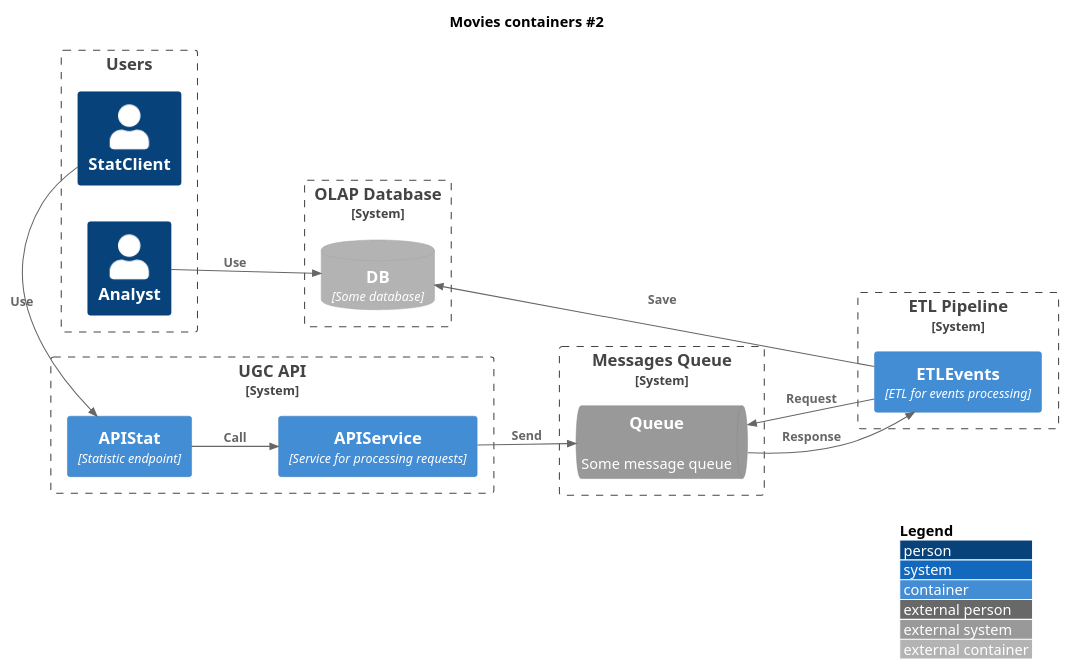
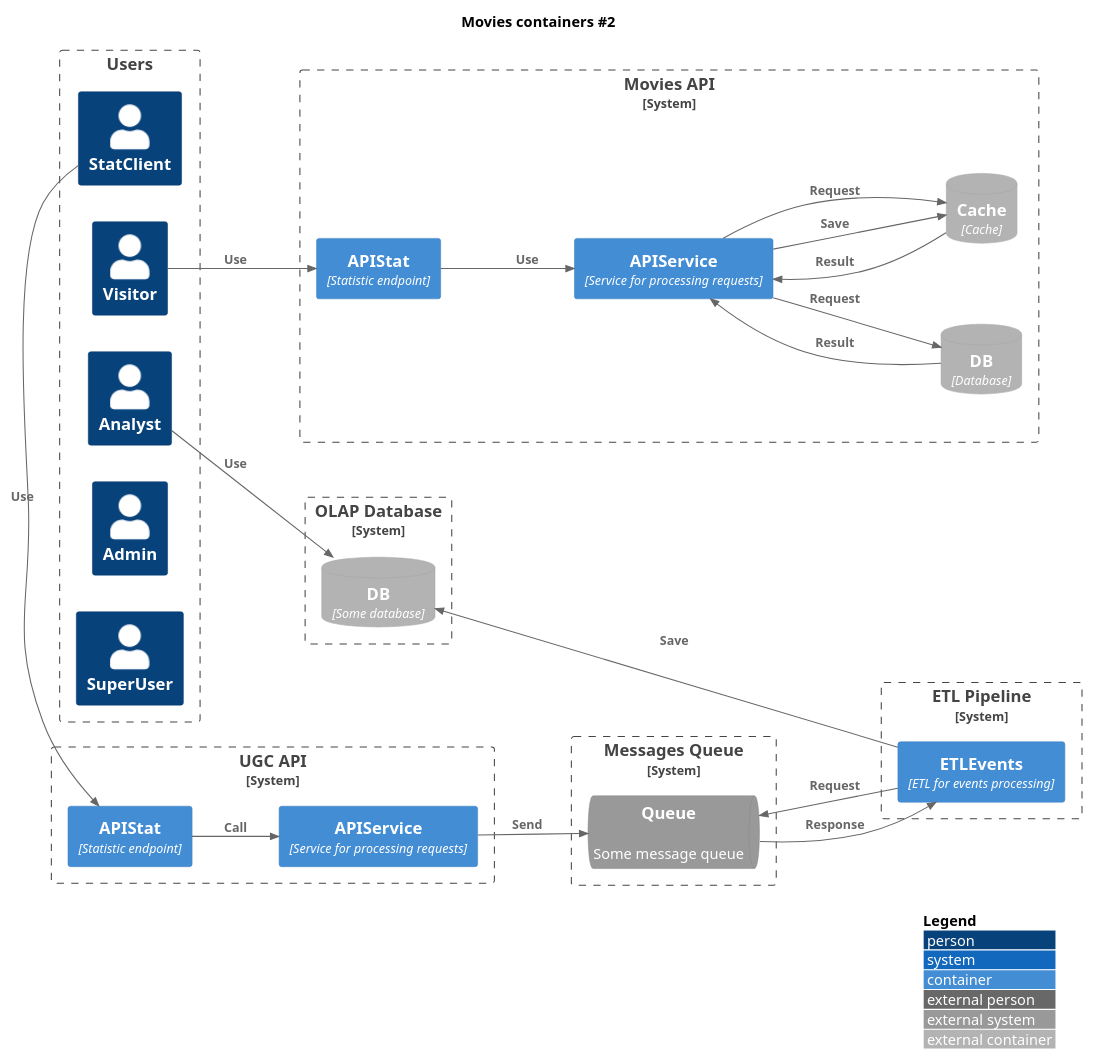
One commit to artwist-polyakov/Auth_sprint_1 changed the diagram in docs/c2_sch.puml. Above: the diagram before and after it, drawn with PlantUML.

Commit message:
добавляет схему сервиса movies

```diff
--- a/docs/c2_sch.puml
+++ b/docs/c2_sch.puml
@@ -1,42 +1,57 @@
 @startuml
 
 !include https://raw.githubusercontent.com/plantuml-stdlib/C4-PlantUML/master/C4_Container.puml
 skinparam componentStyle uml2
 LAYOUT_WITH_LEGEND()
 LAYOUT_LANDSCAPE()
 skinparam componentStyle uml2
 
  title
 <b>Movies containers #2</b>
 end title
 Boundary(users, "Users") {
     Person(analyst, "Analyst")
     Person(client, "StatClient")
+    Person(visitor, "Visitor")
+    Person(admin, "Admin")
+    Person(superuser, "SuperUser")
+}
+
+System_Boundary(Movies, "Movies API") {
+    Container(MoviesAPI, "APIStat", "Statistic endpoint")
+    Container(MoviesService, "APIService", "Service for processing requests")
+    ContainerDb_Ext(MoviesDB, "DB", "Database")
+    ContainerDb_Ext(MoviesCache, "Cache", "Cache")
 }
 
 System_Boundary(UGCApi, "UGC API") {
     Container(API, "APIStat", "Statistic endpoint")
     Container(Service, "APIService", "Service for processing requests")
 }
 System_Boundary(Message_Queue, "Messages Queue") {
     SystemQueue_Ext(Queue, "Queue", "Some message queue")
 }
 
 System_Boundary(ETL, "ETL Pipeline") {
     Container(ETLScript, "ETLEvents", "ETL for events processing")
 }
 
 System_Boundary(OLAP, "OLAP Database") {
     ContainerDb_Ext(DB, "DB", "Some database")
 }
 
 Rel_D(client, API, "Use")
 Rel(API, Service, "Call")
 Rel(Service, Queue, "Send")
 Rel_U(ETLScript, Queue, "Request")
 Rel(Queue, ETLScript, "Response")
 Rel_U(ETLScript, DB, "Save")
 Rel_R(analyst, DB, "Use")
-
-
+Rel_R(visitor, MoviesAPI, "Use")
+Rel_R(MoviesAPI, MoviesService, "Use")
+Rel_L(MoviesService, MoviesCache, "Save")
+Rel_L(MoviesService, MoviesCache, "Request")
+Rel_L(MoviesCache, MoviesService, "Result")
+Rel_L(MoviesService, MoviesDB, "Request")
+Rel_L(MoviesDB, MoviesService, "Result")
 @enduml
```
